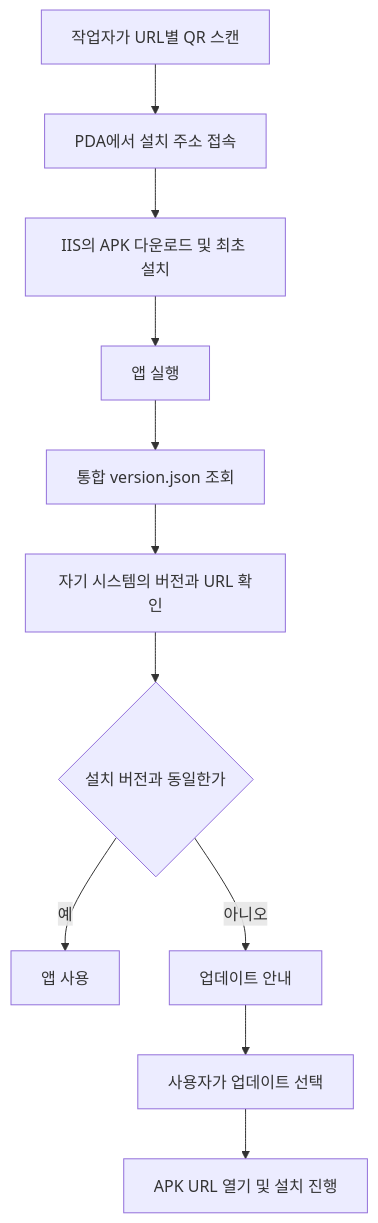
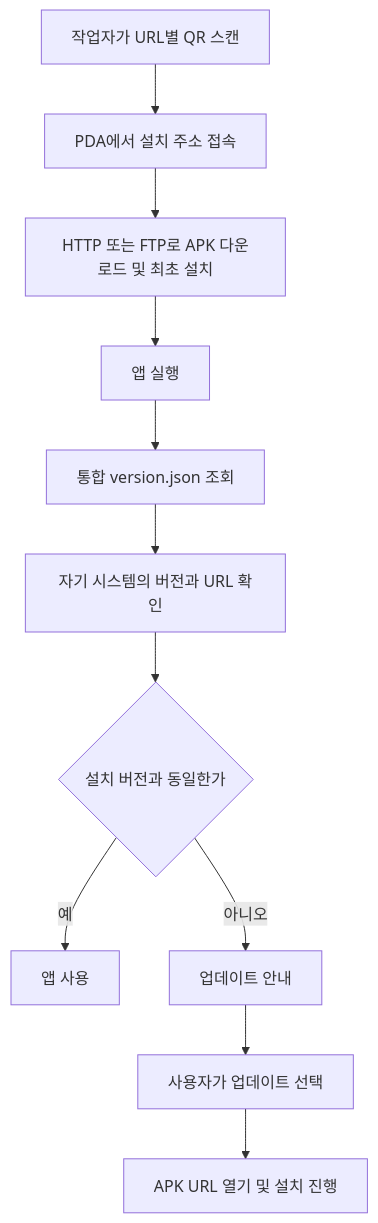
One commit to ShaunKR/engineering-portfolio changed the diagram in projects/PDA자동업데이트/README.md. Above: the diagram before and after it, drawn with Mermaid. The commit also changed other lines of this file, not shown here.

Commit message:
docs(android): HTTP·FTP 지원과 폐쇄망 anonymous 운영 조건 추가

````diff
--- a/projects/PDA자동업데이트/README.md
+++ b/projects/PDA자동업데이트/README.md
@@ -22,13 +35,13 @@
 ```mermaid
 flowchart TD
     QR[작업자가 URL별 QR 스캔] --> URL[PDA에서 설치 주소 접속]
-    URL --> APK[IIS의 APK 다운로드 및 최초 설치]
+    URL --> APK[HTTP 또는 FTP로 APK 다운로드 및 최초 설치]
     APK --> Start[앱 실행]
     Start --> JSON[통합 version.json 조회]
     JSON --> Own[자기 시스템의 버전과 URL 확인]
     Own --> Compare{설치 버전과 동일한가}
     Compare -- 예 --> Use[앱 사용]
     Compare -- 아니오 --> Notice[업데이트 안내]
     Notice --> Select[사용자가 업데이트 선택]
     Select --> Download[APK URL 열기 및 설치 진행]
 ```
````
